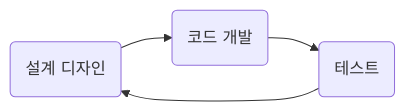
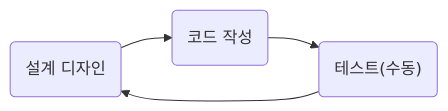
Before and after one commit to devxe/wiki: the second of 2 diagrams in docs/테스트주도개발/1.mdx, drawn with Mermaid. The commit also changed other lines of this file and 1 other file, not shown here.

````diff
--- a/docs/테스트주도개발/1.mdx
+++ b/docs/테스트주도개발/1.mdx
@@ -46,4 +46,4 @@
 ```mermaid
 graph LR
-    A(설계 디자인)-->B(코드 개발)-->C(테스트)-->A(설계 디자인);
+    A(설계 디자인)-->B(코드 작성)-->C("테스트(수동)")-->A(설계 디자인);
 ```
````
